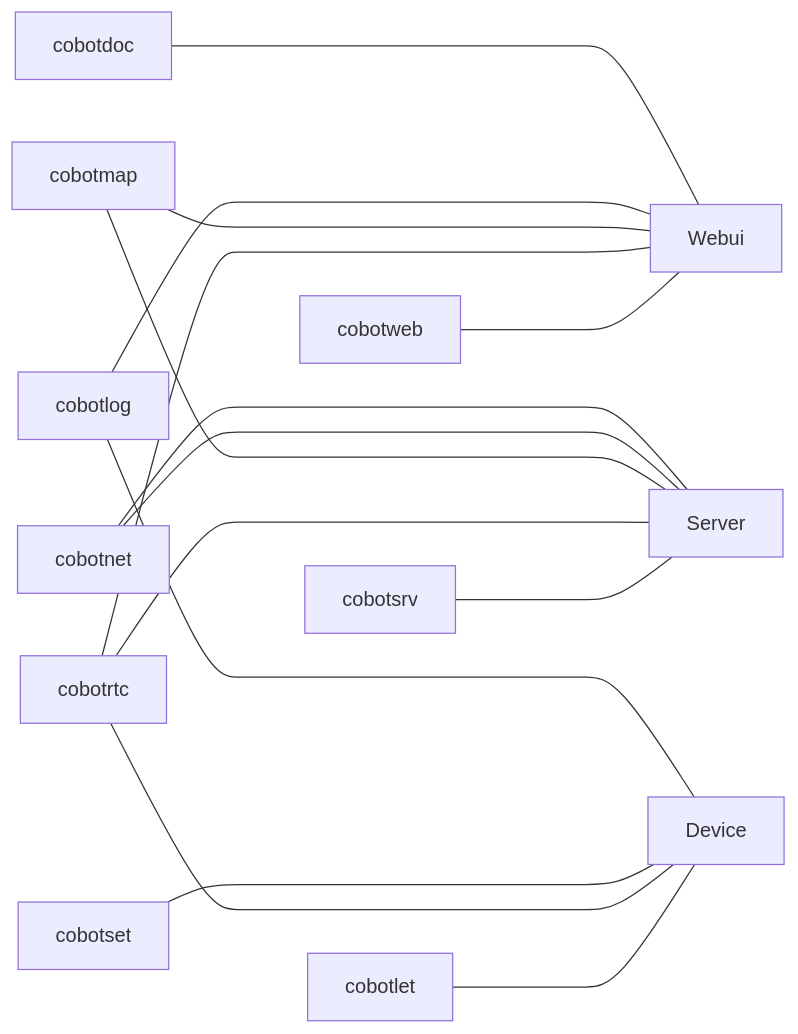
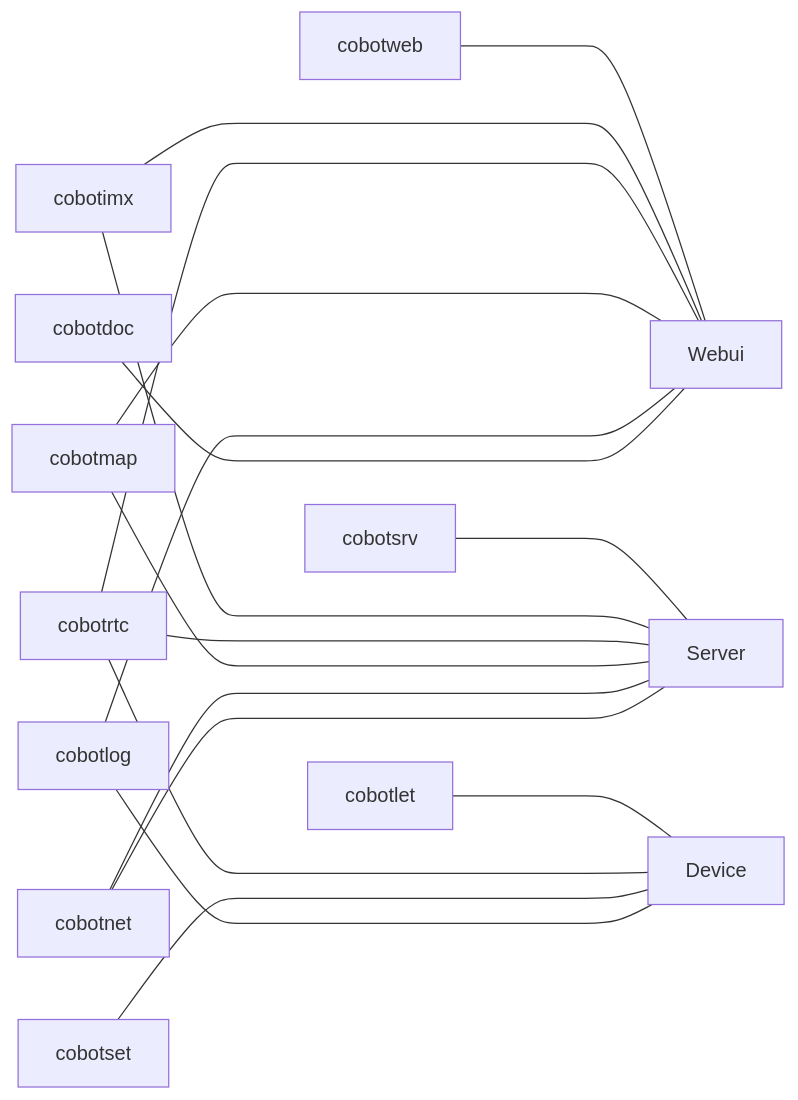
The diagram in README.md (Bin-hy/yufu), drawn with Mermaid before and after one commit. The commit also changed other lines of this file, not shown here.

Commit message:
Update README with new component 'cobotimx'
Added descriptions for new components in README.

````diff
--- a/README.md
+++ b/README.md
@@ -30,18 +30,20 @@
 ```mermaid
 flowchart LR
 
 cobotlet ----- Device
 cobotsrv ----- Server
 cobotweb ----- Webui
+cobotimx ------- Webui
+cobotimx ------- Server
 cobotrtc ------- Webui
 cobotrtc ------- Server
 cobotrtc ------- Device
 cobotmap ------- Server
 cobotmap ------- Webui
 cobotnet ------- Server
 cobotnet ------- Server
 cobotset ------- Device
 cobotlog ------- Device
 cobotlog ------- Webui
 cobotdoc ------- Webui
 ```
````
